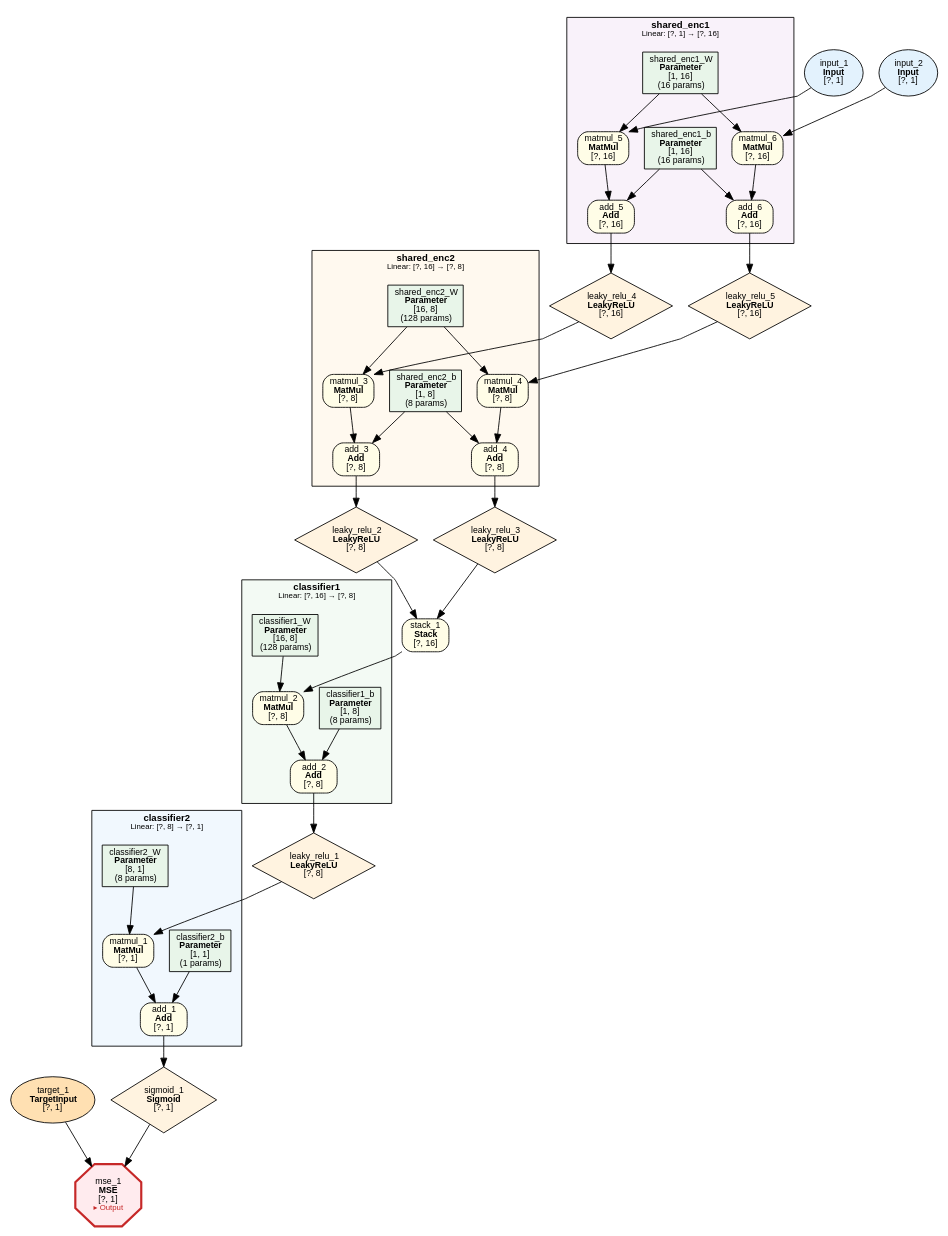
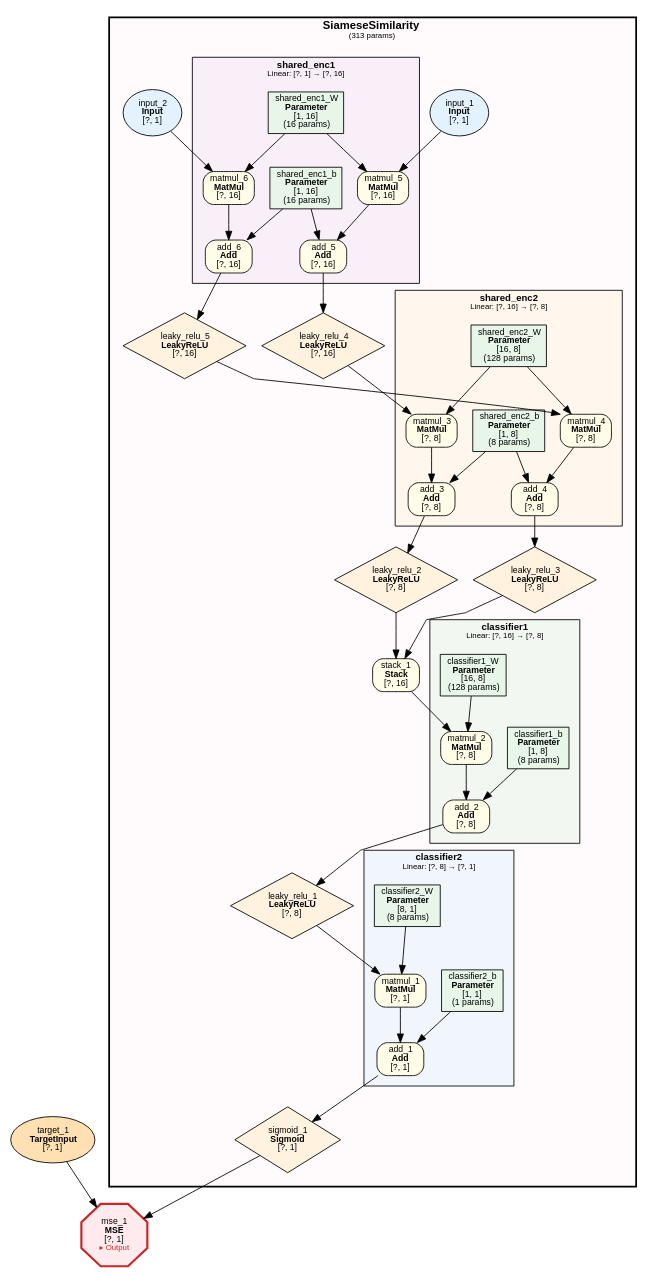
Before and after one commit to dbsxdbsx/only_torch: the diagram in examples/siamese_similarity/siamese_similarity.dot, drawn with Graphviz. The commit also changed 29 other files, not shown here.

```diff
--- a/examples/siamese_similarity/siamese_similarity.dot
+++ b/examples/siamese_similarity/siamese_similarity.dot
@@ -1,110 +1,120 @@
 digraph ComputeGraph {
     rankdir=TB;
     newrank=true;
     splines=polyline;
     node [fontname="Microsoft YaHei,SimHei,Arial"];
     edge [fontname="Microsoft YaHei,SimHei,Arial"];
 
-    subgraph cluster_group_linear_3 {
-        label=<<B>classifier2</B><BR/><FONT POINT-SIZE="9">Linear: [?, 8] → [?, 1]</FONT>>;
-        style=filled;
-        fillcolor="#E3F2FD80";
+    subgraph cluster_model_SiameseSimilarity {
+        label=<<B>SiameseSimilarity</B><BR/><FONT POINT-SIZE="9">(313 params)</FONT>>;
+        style="filled,bold";
+        fillcolor="#FFEBEE40";
         fontname="Microsoft YaHei,SimHei,Arial";
-        fontsize=11;
-        margin=12;
-            "4" [label=<add_1<BR/><B>Add</B><BR/>[?, 1]> shape=box style="filled,rounded" fillcolor="#FFFDE7" fontsize=10];
-            "5" [label=<matmul_1<BR/><B>MatMul</B><BR/>[?, 1]> shape=box style="filled,rounded" fillcolor="#FFFDE7" fontsize=10];
-            "6" [label=<classifier2_b<BR/><B>Parameter</B><BR/>[1, 1]<BR/>(1 params)> shape=box style=filled fillcolor="#E8F5E9" fontsize=10];
-            "8" [label=<classifier2_W<BR/><B>Parameter</B><BR/>[8, 1]<BR/>(8 params)> shape=box style=filled fillcolor="#E8F5E9" fontsize=10];
-    }
+        fontsize=13;
+        margin=16;
 
-    subgraph cluster_group_linear_2 {
-        label=<<B>classifier1</B><BR/><FONT POINT-SIZE="9">Linear: [?, 16] → [?, 8]</FONT>>;
-        style=filled;
-        fillcolor="#E8F5E980";
-        fontname="Microsoft YaHei,SimHei,Arial";
-        fontsize=11;
-        margin=12;
-            "9" [label=<add_2<BR/><B>Add</B><BR/>[?, 8]> shape=box style="filled,rounded" fillcolor="#FFFDE7" fontsize=10];
-            "10" [label=<matmul_2<BR/><B>MatMul</B><BR/>[?, 8]> shape=box style="filled,rounded" fillcolor="#FFFDE7" fontsize=10];
-            "11" [label=<classifier1_b<BR/><B>Parameter</B><BR/>[1, 8]<BR/>(8 params)> shape=box style=filled fillcolor="#E8F5E9" fontsize=10];
-            "13" [label=<classifier1_W<BR/><B>Parameter</B><BR/>[16, 8]<BR/>(128 params)> shape=box style=filled fillcolor="#E8F5E9" fontsize=10];
-    }
+        subgraph cluster_SiameseSimilarity_classifier2 {
+            label=<<B>classifier2</B><BR/><FONT POINT-SIZE="9">Linear: [?, 8] → [?, 1]</FONT>>;
+            style=filled;
+            fillcolor="#E3F2FD80";
+            fontname="Microsoft YaHei,SimHei,Arial";
+            fontsize=11;
+            margin=12;
+                "4" [label=<add_1<BR/><B>Add</B><BR/>[?, 1]> shape=box style="filled,rounded" fillcolor="#FFFDE7" fontsize=10];
+                "5" [label=<matmul_1<BR/><B>MatMul</B><BR/>[?, 1]> shape=box style="filled,rounded" fillcolor="#FFFDE7" fontsize=10];
+                "6" [label=<classifier2_b<BR/><B>Parameter</B><BR/>[1, 1]<BR/>(1 params)> shape=box style=filled fillcolor="#E8F5E9" fontsize=10];
+                "8" [label=<classifier2_W<BR/><B>Parameter</B><BR/>[8, 1]<BR/>(8 params)> shape=box style=filled fillcolor="#E8F5E9" fontsize=10];
+        }
 
-    subgraph cluster_group_linear_1 {
-        label=<<B>shared_enc2</B><BR/><FONT POINT-SIZE="9">Linear: [?, 16] → [?, 8]</FONT>>;
-        style=filled;
-        fillcolor="#FFF3E080";
-        fontname="Microsoft YaHei,SimHei,Arial";
-        fontsize=11;
-        margin=12;
-            "16" [label=<add_3<BR/><B>Add</B><BR/>[?, 8]> shape=box style="filled,rounded" fillcolor="#FFFDE7" fontsize=10];
-            "17" [label=<add_4<BR/><B>Add</B><BR/>[?, 8]> shape=box style="filled,rounded" fillcolor="#FFFDE7" fontsize=10];
-            "18" [label=<matmul_3<BR/><B>MatMul</B><BR/>[?, 8]> shape=box style="filled,rounded" fillcolor="#FFFDE7" fontsize=10];
-            "19" [label=<shared_enc2_b<BR/><B>Parameter</B><BR/>[1, 8]<BR/>(8 params)> shape=box style=filled fillcolor="#E8F5E9" fontsize=10];
-            "20" [label=<matmul_4<BR/><B>MatMul</B><BR/>[?, 8]> shape=box style="filled,rounded" fillcolor="#FFFDE7" fontsize=10];
-            "22" [label=<shared_enc2_W<BR/><B>Parameter</B><BR/>[16, 8]<BR/>(128 params)> shape=box style=filled fillcolor="#E8F5E9" fontsize=10];
-    }
+        subgraph cluster_SiameseSimilarity_classifier1 {
+            label=<<B>classifier1</B><BR/><FONT POINT-SIZE="9">Linear: [?, 16] → [?, 8]</FONT>>;
+            style=filled;
+            fillcolor="#E8F5E980";
+            fontname="Microsoft YaHei,SimHei,Arial";
+            fontsize=11;
+            margin=12;
+                "9" [label=<add_2<BR/><B>Add</B><BR/>[?, 8]> shape=box style="filled,rounded" fillcolor="#FFFDE7" fontsize=10];
+                "10" [label=<matmul_2<BR/><B>MatMul</B><BR/>[?, 8]> shape=box style="filled,rounded" fillcolor="#FFFDE7" fontsize=10];
+                "11" [label=<classifier1_b<BR/><B>Parameter</B><BR/>[1, 8]<BR/>(8 params)> shape=box style=filled fillcolor="#E8F5E9" fontsize=10];
+                "13" [label=<classifier1_W<BR/><B>Parameter</B><BR/>[16, 8]<BR/>(128 params)> shape=box style=filled fillcolor="#E8F5E9" fontsize=10];
+        }
 
-    subgraph cluster_group_linear_0 {
-        label=<<B>shared_enc1</B><BR/><FONT POINT-SIZE="9">Linear: [?, 1] → [?, 16]</FONT>>;
-        style=filled;
-        fillcolor="#F3E5F580";
-        fontname="Microsoft YaHei,SimHei,Arial";
-        fontsize=11;
-        margin=12;
-            "24" [label=<add_5<BR/><B>Add</B><BR/>[?, 16]> shape=box style="filled,rounded" fillcolor="#FFFDE7" fontsize=10];
-            "25" [label=<add_6<BR/><B>Add</B><BR/>[?, 16]> shape=box style="filled,rounded" fillcolor="#FFFDE7" fontsize=10];
-            "26" [label=<matmul_5<BR/><B>MatMul</B><BR/>[?, 16]> shape=box style="filled,rounded" fillcolor="#FFFDE7" fontsize=10];
-            "27" [label=<shared_enc1_b<BR/><B>Parameter</B><BR/>[1, 16]<BR/>(16 params)> shape=box style=filled fillcolor="#E8F5E9" fontsize=10];
-            "28" [label=<matmul_6<BR/><B>MatMul</B><BR/>[?, 16]> shape=box style="filled,rounded" fillcolor="#FFFDE7" fontsize=10];
-            "30" [label=<shared_enc1_W<BR/><B>Parameter</B><BR/>[1, 16]<BR/>(16 params)> shape=box style=filled fillcolor="#E8F5E9" fontsize=10];
+        subgraph cluster_SiameseSimilarity_shared_enc2 {
+            label=<<B>shared_enc2</B><BR/><FONT POINT-SIZE="9">Linear: [?, 16] → [?, 8]</FONT>>;
+            style=filled;
+            fillcolor="#FFF3E080";
+            fontname="Microsoft YaHei,SimHei,Arial";
+            fontsize=11;
+            margin=12;
+                "16" [label=<add_3<BR/><B>Add</B><BR/>[?, 8]> shape=box style="filled,rounded" fillcolor="#FFFDE7" fontsize=10];
+                "17" [label=<add_4<BR/><B>Add</B><BR/>[?, 8]> shape=box style="filled,rounded" fillcolor="#FFFDE7" fontsize=10];
+                "18" [label=<matmul_3<BR/><B>MatMul</B><BR/>[?, 8]> shape=box style="filled,rounded" fillcolor="#FFFDE7" fontsize=10];
+                "19" [label=<shared_enc2_b<BR/><B>Parameter</B><BR/>[1, 8]<BR/>(8 params)> shape=box style=filled fillcolor="#E8F5E9" fontsize=10];
+                "20" [label=<matmul_4<BR/><B>MatMul</B><BR/>[?, 8]> shape=box style="filled,rounded" fillcolor="#FFFDE7" fontsize=10];
+                "22" [label=<shared_enc2_W<BR/><B>Parameter</B><BR/>[16, 8]<BR/>(128 params)> shape=box style=filled fillcolor="#E8F5E9" fontsize=10];
+        }
+
+        subgraph cluster_SiameseSimilarity_shared_enc1 {
+            label=<<B>shared_enc1</B><BR/><FONT POINT-SIZE="9">Linear: [?, 1] → [?, 16]</FONT>>;
+            style=filled;
+            fillcolor="#F3E5F580";
+            fontname="Microsoft YaHei,SimHei,Arial";
+            fontsize=11;
+            margin=12;
+                "24" [label=<add_5<BR/><B>Add</B><BR/>[?, 16]> shape=box style="filled,rounded" fillcolor="#FFFDE7" fontsize=10];
+                "25" [label=<add_6<BR/><B>Add</B><BR/>[?, 16]> shape=box style="filled,rounded" fillcolor="#FFFDE7" fontsize=10];
+                "26" [label=<matmul_5<BR/><B>MatMul</B><BR/>[?, 16]> shape=box style="filled,rounded" fillcolor="#FFFDE7" fontsize=10];
+                "27" [label=<shared_enc1_b<BR/><B>Parameter</B><BR/>[1, 16]<BR/>(16 params)> shape=box style=filled fillcolor="#E8F5E9" fontsize=10];
+                "28" [label=<matmul_6<BR/><B>MatMul</B><BR/>[?, 16]> shape=box style="filled,rounded" fillcolor="#FFFDE7" fontsize=10];
+                "30" [label=<shared_enc1_W<BR/><B>Parameter</B><BR/>[1, 16]<BR/>(16 params)> shape=box style=filled fillcolor="#E8F5E9" fontsize=10];
+        }
+
+        "2" [label=<sigmoid_1<BR/><B>Sigmoid</B><BR/>[?, 1]> shape=diamond style=filled fillcolor="#FFF3E0" fontsize=10];
+        "7" [label=<leaky_relu_1<BR/><B>LeakyReLU</B><BR/>[?, 8]> shape=diamond style=filled fillcolor="#FFF3E0" fontsize=10];
+        "12" [label=<stack_1<BR/><B>Stack</B><BR/>[?, 16]> shape=box style="filled,rounded" fillcolor="#FFFDE7" fontsize=10];
+        "14" [label=<leaky_relu_2<BR/><B>LeakyReLU</B><BR/>[?, 8]> shape=diamond style=filled fillcolor="#FFF3E0" fontsize=10];
+        "15" [label=<leaky_relu_3<BR/><B>LeakyReLU</B><BR/>[?, 8]> shape=diamond style=filled fillcolor="#FFF3E0" fontsize=10];
+        "21" [label=<leaky_relu_4<BR/><B>LeakyReLU</B><BR/>[?, 16]> shape=diamond style=filled fillcolor="#FFF3E0" fontsize=10];
+        "23" [label=<leaky_relu_5<BR/><B>LeakyReLU</B><BR/>[?, 16]> shape=diamond style=filled fillcolor="#FFF3E0" fontsize=10];
+        "29" [label=<input_1<BR/><B>Input</B><BR/>[?, 1]> shape=ellipse style=filled fillcolor="#E3F2FD" fontsize=10];
+        "31" [label=<input_2<BR/><B>Input</B><BR/>[?, 1]> shape=ellipse style=filled fillcolor="#E3F2FD" fontsize=10];
     }
 
     "1" [label=<mse_1<BR/><B>MSE</B><BR/>[?, 1]<BR/><FONT COLOR="#C62828" POINT-SIZE="9">▸ Output</FONT>> shape=octagon style=filled fillcolor="#FFEBEE" fontsize=10 penwidth=2.5 color="#C62828"];
-    "2" [label=<sigmoid_1<BR/><B>Sigmoid</B><BR/>[?, 1]> shape=diamond style=filled fillcolor="#FFF3E0" fontsize=10];
     "3" [label=<target_1<BR/><B>TargetInput</B><BR/>[?, 1]> shape=ellipse style=filled fillcolor="#FFE0B2" fontsize=10];
-    "7" [label=<leaky_relu_1<BR/><B>LeakyReLU</B><BR/>[?, 8]> shape=diamond style=filled fillcolor="#FFF3E0" fontsize=10];
-    "12" [label=<stack_1<BR/><B>Stack</B><BR/>[?, 16]> shape=box style="filled,rounded" fillcolor="#FFFDE7" fontsize=10];
-    "14" [label=<leaky_relu_2<BR/><B>LeakyReLU</B><BR/>[?, 8]> shape=diamond style=filled fillcolor="#FFF3E0" fontsize=10];
-    "15" [label=<leaky_relu_3<BR/><B>LeakyReLU</B><BR/>[?, 8]> shape=diamond style=filled fillcolor="#FFF3E0" fontsize=10];
-    "21" [label=<leaky_relu_4<BR/><B>LeakyReLU</B><BR/>[?, 16]> shape=diamond style=filled fillcolor="#FFF3E0" fontsize=10];
-    "23" [label=<leaky_relu_5<BR/><B>LeakyReLU</B><BR/>[?, 16]> shape=diamond style=filled fillcolor="#FFF3E0" fontsize=10];
-    "29" [label=<input_1<BR/><B>Input</B><BR/>[?, 1]> shape=ellipse style=filled fillcolor="#E3F2FD" fontsize=10];
-    "31" [label=<input_2<BR/><B>Input</B><BR/>[?, 1]> shape=ellipse style=filled fillcolor="#E3F2FD" fontsize=10];
 
     "2" -> "1";
     "3" -> "1";
     "4" -> "2";
     "5" -> "4";
     "6" -> "4";
     "7" -> "5";
     "8" -> "5";
     "9" -> "7";
     "10" -> "9";
     "11" -> "9";
     "12" -> "10";
     "13" -> "10";
     "14" -> "12";
     "15" -> "12";
     "16" -> "14";
     "17" -> "15";
     "18" -> "16";
     "19" -> "16";
     "20" -> "17";
     "19" -> "17";
     "21" -> "18";
     "22" -> "18";
     "23" -> "20";
     "22" -> "20";
     "24" -> "21";
     "25" -> "23";
     "26" -> "24";
     "27" -> "24";
     "28" -> "25";
     "27" -> "25";
     "29" -> "26";
     "30" -> "26";
     "31" -> "28";
     "30" -> "28";
 }
```
